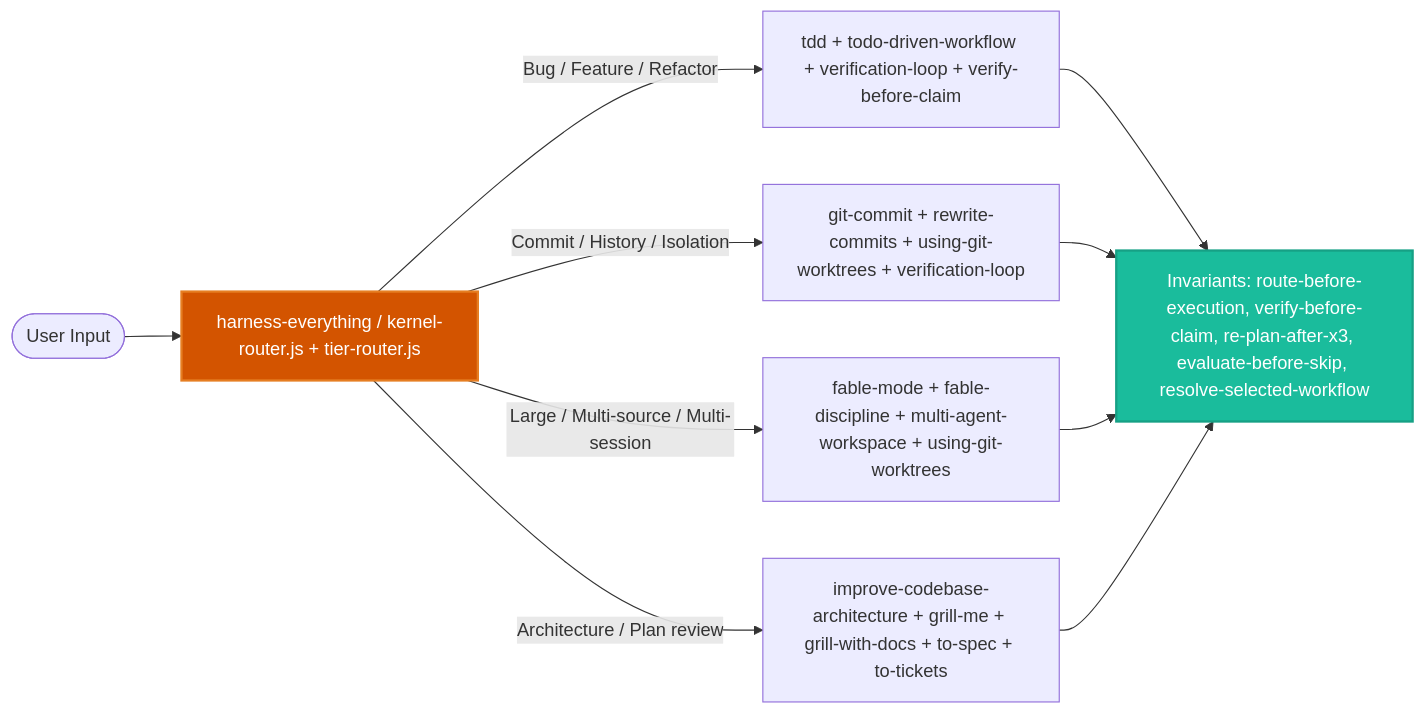
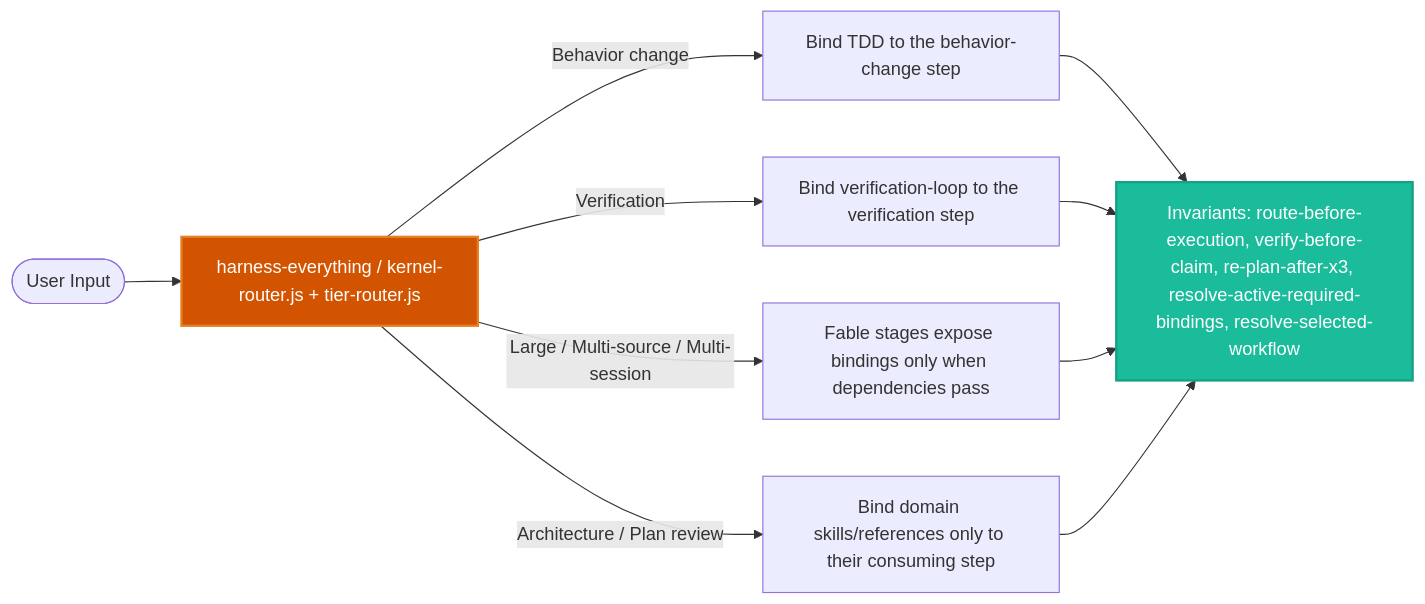
One commit to dyphn1/Harness-everything changed the second of 3 diagrams in docs/workflows/harness-everything.md. Above: the diagram before and after it, drawn with Mermaid. The commit also changed other lines of this file and 70 other files, not shown here.

First line of the commit message:
feat(workflow): bind knowledge to active steps

````diff
--- a/docs/workflows/harness-everything.md
+++ b/docs/workflows/harness-everything.md
@@ -42,17 +42,17 @@
 ```mermaid
 graph LR
   UserPrompt([User Input]) --> Router["harness-everything / kernel-router.js + tier-router.js"]
 
-  Router -->|Bug / Feature / Refactor| Ch1["tdd + todo-driven-workflow + verification-loop + verify-before-claim"]
-  Router -->|Commit / History / Isolation| Ch2["git-commit + rewrite-commits + using-git-worktrees + verification-loop"]
-  Router -->|Large / Multi-source / Multi-session| Ch3["fable-mode + fable-discipline + multi-agent-workspace + using-git-worktrees"]
-  Router -->|Architecture / Plan review| Ch4["improve-codebase-architecture + grill-me + grill-with-docs + to-spec + to-tickets"]
+  Router -->|Behavior change| Ch1["Bind TDD to the behavior-change step"]
+  Router -->|Verification| Ch2["Bind verification-loop to the verification step"]
+  Router -->|Large / Multi-source / Multi-session| Ch3["Fable stages expose bindings only when dependencies pass"]
+  Router -->|Architecture / Plan review| Ch4["Bind domain skills/references only to their consuming step"]
 
-  Ch1 --> Invariants["Invariants: route-before-execution, verify-before-claim, re-plan-after-x3, evaluate-before-skip, resolve-selected-workflow"]
+  Ch1 --> Invariants["Invariants: route-before-execution, verify-before-claim, re-plan-after-x3, resolve-active-required-bindings, resolve-selected-workflow"]
   Ch2 --> Invariants
   Ch3 --> Invariants
   Ch4 --> Invariants
 
   style Router fill:#d35400,stroke:#e67e22,stroke-width:2px,color:#ffffff
   style Invariants fill:#1abc9c,stroke:#16a085,stroke-width:2px,color:#ffffff
 ```
````
